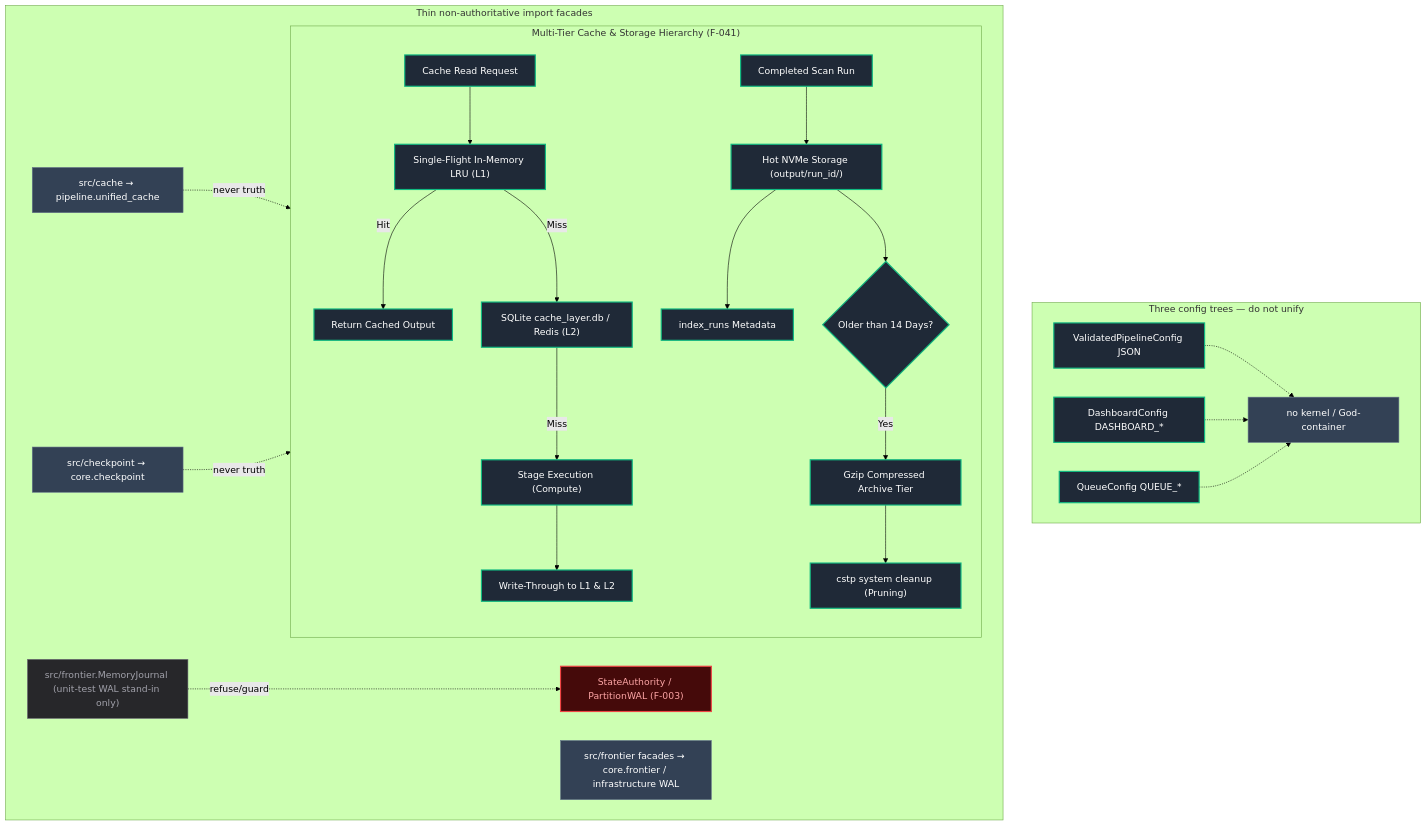
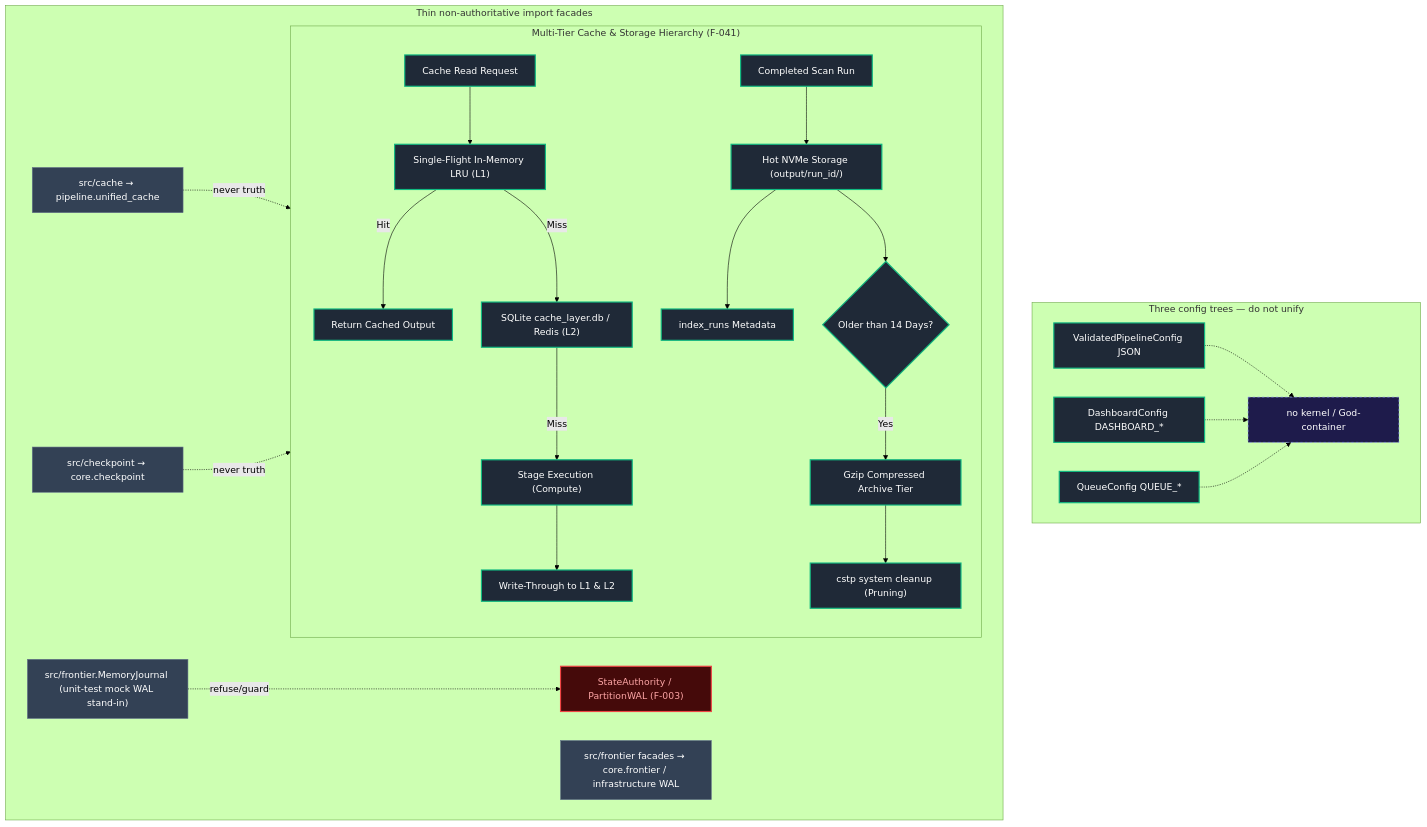
Before and after one commit to AviralGup7/Singularity-Zero: diagram 15 of 16 in docs/flowchart.md, drawn with Mermaid (forest theme). The commit also changed other lines of this file, not shown here.

Commit message:
fix(flowchart): resolve multi-block classDefs, port bridging, and state-machine nuances

````diff
--- a/docs/flowchart.md
+++ b/docs/flowchart.md
@@ -838,41 +852,41 @@
 ```mermaid
 flowchart TD
     classDef impl fill:#1f2937,stroke:#10b981,stroke-width:2px,color:#fff;
     classDef singleNode fill:#1e293b,stroke:#0ea5e9,stroke-width:1px,stroke-dasharray:3 3,color:#fff;
     classDef library fill:#334155,stroke:#64748b,stroke-width:1px,color:#fff;
     classDef specOnly fill:#1e1b4b,stroke:#818cf8,stroke-width:1px,stroke-dasharray:4 4,color:#fff;
     classDef vacuous fill:#27272a,stroke:#71717a,stroke-width:1px,color:#a1a1aa;
     classDef forbidden fill:#450a0a,stroke:#ef4444,stroke-width:2px,color:#fca5a5;
 
     subgraph Config["Three config trees — do not unify"]
         ScanCfg["ValidatedPipelineConfig JSON"]:::impl
         DashCfg["DashboardConfig DASHBOARD_*"]:::impl
         QueueCfg["QueueConfig QUEUE_*"]:::impl
-        ScanCfg -.-> NoGod["no kernel / God-container"]:::library
+        ScanCfg -.-> NoGod["no kernel / God-container"]:::specOnly
         DashCfg -.-> NoGod
         QueueCfg -.-> NoGod
     end
 
     subgraph MultiTierCache["Multi-Tier Cache & Storage Hierarchy (F-041)"]
         Call["Cache Read Request"]:::impl --> SF["Single-Flight In-Memory LRU (L1)"]:::impl
         SF -->|Hit| Return["Return Cached Output"]:::impl
         SF -->|Miss| Persist["SQLite cache_layer.db / Redis (L2)"]:::impl
         Persist -->|Miss| Origin["Stage Execution (Compute)"]:::impl
         Origin --> Write["Write-Through to L1 & L2"]:::impl
         Done["Completed Scan Run"]:::impl --> Hot["Hot NVMe Storage (output/run_id/)"]:::impl
         Hot --> Index["index_runs Metadata"]:::impl
         Hot --> PruneCheck{"Older than 14 Days?"}:::impl
         PruneCheck -->|Yes| Arch["Gzip Compressed Archive Tier"]:::impl
         Arch --> PruneJob["cstp system cleanup (Pruning)"]:::impl
     end
 
     subgraph Facades["Thin non-authoritative import facades"]
         CacheFacade["src/cache → pipeline.unified_cache"]:::library
         CkptFacade["src/checkpoint → core.checkpoint"]:::library
         FrontFacade["src/frontier facades → core.frontier / infrastructure WAL"]:::library
-        MemJ["src/frontier.MemoryJournal (unit-test WAL stand-in only)"]:::vacuous
+        MemJ["src/frontier.MemoryJournal (unit-test mock WAL stand-in)"]:::library
         CacheFacade -.->|never truth| MultiTierCache
         CkptFacade -.->|never truth| MultiTierCache
         MemJ -.->|refuse/guard| AuthPlane["StateAuthority / PartitionWAL (F-003)"]:::forbidden
     end
 ```
````
